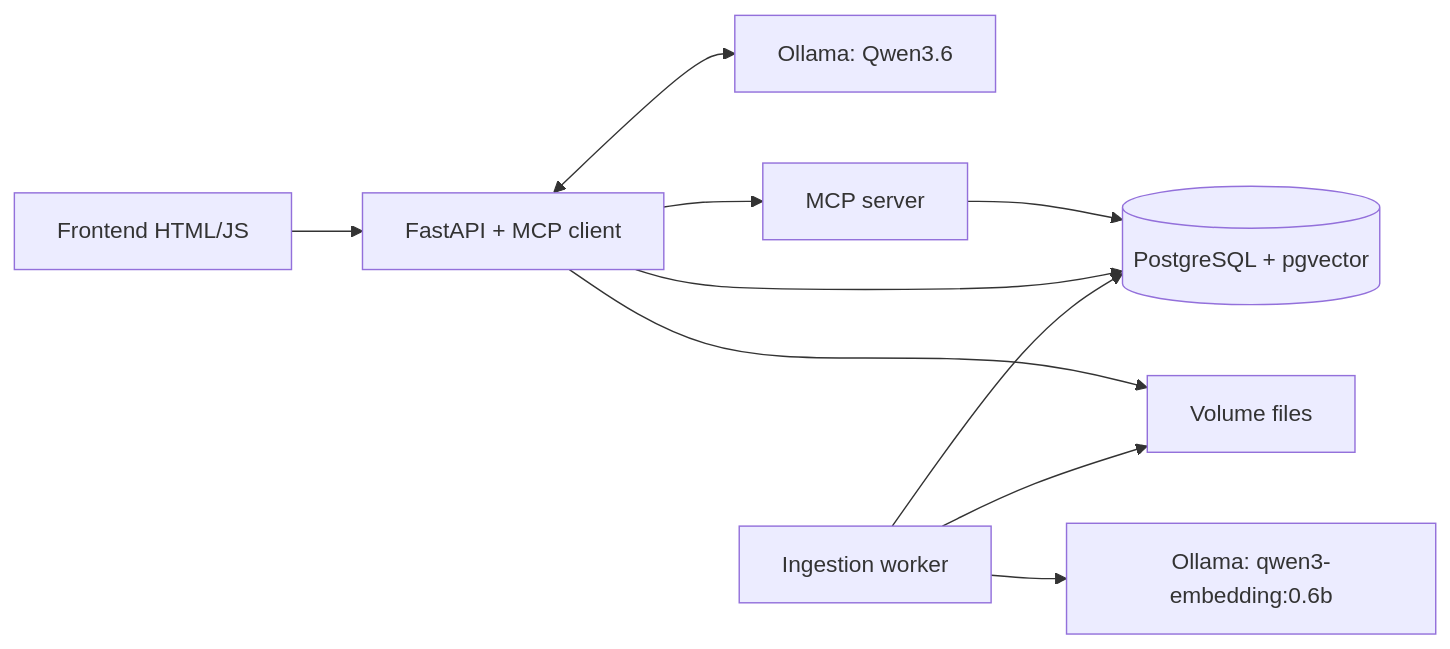
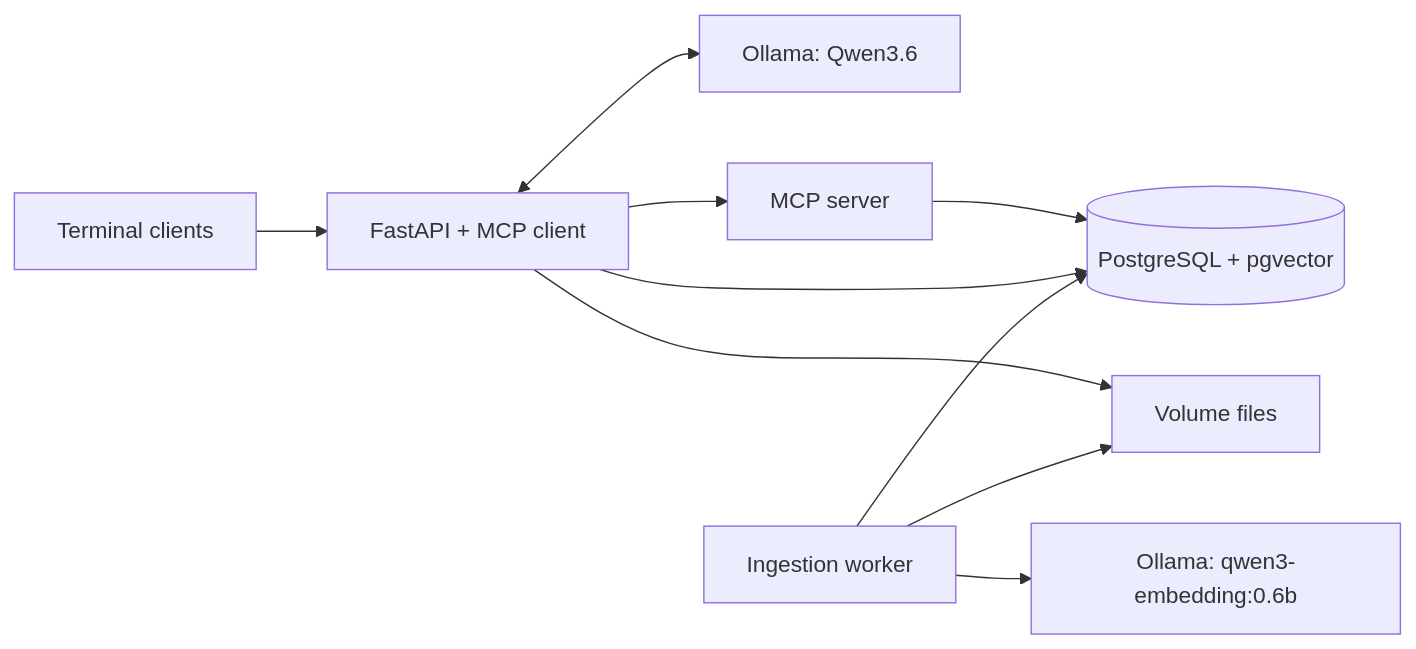
One commit to lbkhoang/db-demo changed the diagram in ARCHITECTURE.md. Above: the diagram before and after it, drawn with Mermaid. The commit also changed other lines of this file and 9 other files, not shown here.

Commit message:
feat: simplify demo to terminal software policy flow

````diff
--- a/ARCHITECTURE.md
+++ b/ARCHITECTURE.md
@@ -11,12 +11,12 @@
 ```mermaid
 flowchart LR
-    UI[Frontend HTML/JS] --> API[FastAPI + MCP client]
+    CLI[Terminal clients] --> API[FastAPI + MCP client]
     API <--> LLM[Ollama: Qwen3.6]
     API --> MCP[MCP server]
     MCP --> DB[(PostgreSQL + pgvector)]
     API --> DB
     API --> Files[Volume files]
     Worker[Ingestion worker] --> DB
     Worker --> Files
     Worker --> Embedding[Ollama: qwen3-embedding:0.6b]
 ```
````
